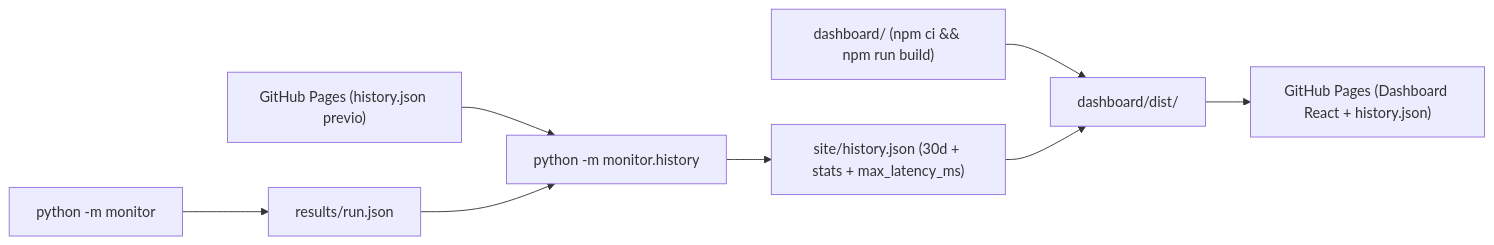
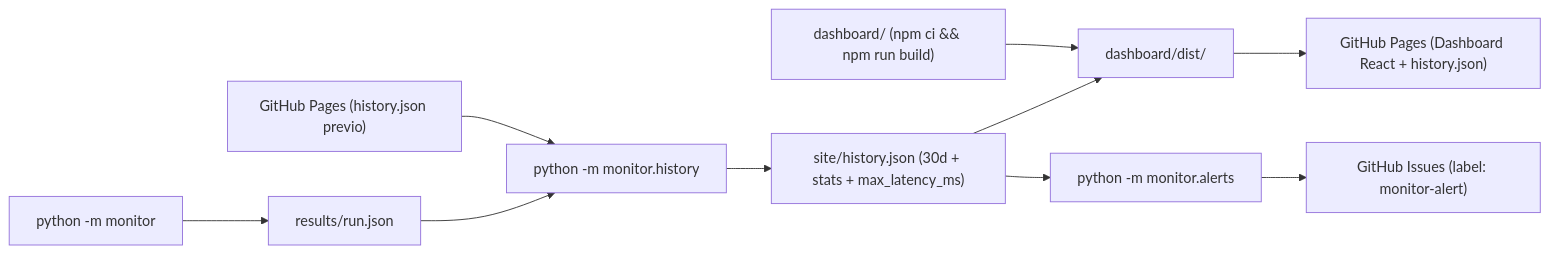
Before and after one commit to facupeletay/qa-api-monitor: the diagram in README.md, drawn with Mermaid. The commit also changed other lines of this file and 5 other files, not shown here.

Commit message:
feat: GitHub Issues alerts for consecutive failures

````diff
--- a/README.md
+++ b/README.md
@@ -15,10 +15,12 @@
 ```mermaid
 flowchart LR
     A["python -m monitor"] --> B["results/run.json"]
     P["GitHub Pages (history.json previo)"] --> C["python -m monitor.history"]
     B --> C
     C --> D["site/history.json (30d + stats + max_latency_ms)"]
     F["dashboard/ (npm ci && npm run build)"] --> G["dashboard/dist/"]
     D --> G
     G --> E["GitHub Pages (Dashboard React + history.json)"]
+    D --> H["python -m monitor.alerts"]
+    H --> I["GitHub Issues (label: monitor-alert)"]
 ```
````
